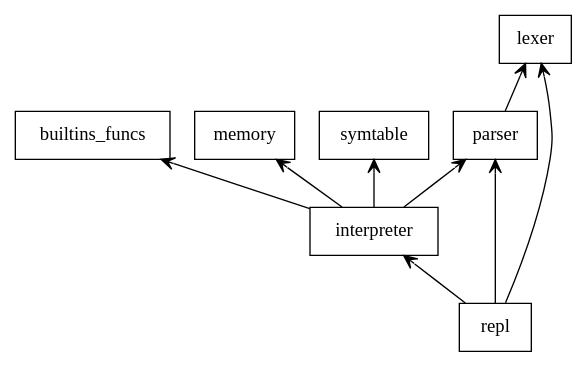
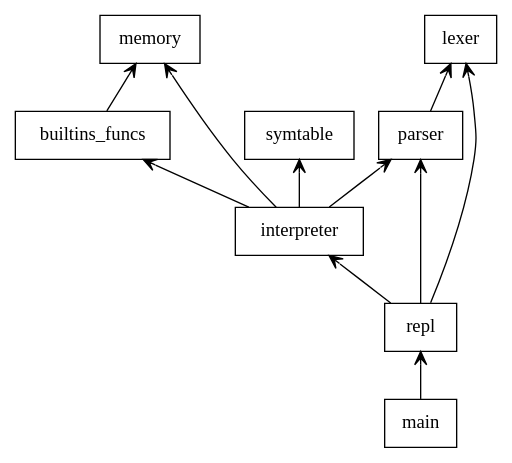
Before and after one commit to yubo1217/Small-C: the diagram in uml/packages_SmallC.dot, drawn with Graphviz. The commit also changed 9 other files, not shown here.

First line of the commit message:
refactor: centralize int32(), fix dead code, update docs and UML

```diff
--- a/uml/packages_SmallC.dot
+++ b/uml/packages_SmallC.dot
@@ -1,19 +1,22 @@
 digraph "packages_SmallC" {
 rankdir=BT
 charset="utf-8"
 "builtins_funcs" [color="black", label=<builtins_funcs>, shape="box", style="solid"];
 "interpreter" [color="black", label=<interpreter>, shape="box", style="solid"];
 "lexer" [color="black", label=<lexer>, shape="box", style="solid"];
+"main" [color="black", label=<main>, shape="box", style="solid"];
 "memory" [color="black", label=<memory>, shape="box", style="solid"];
 "parser" [color="black", label=<parser>, shape="box", style="solid"];
 "repl" [color="black", label=<repl>, shape="box", style="solid"];
 "symtable" [color="black", label=<symtable>, shape="box", style="solid"];
+"builtins_funcs" -> "memory" [arrowhead="open", arrowtail="none"];
 "interpreter" -> "builtins_funcs" [arrowhead="open", arrowtail="none"];
 "interpreter" -> "memory" [arrowhead="open", arrowtail="none"];
 "interpreter" -> "parser" [arrowhead="open", arrowtail="none"];
 "interpreter" -> "symtable" [arrowhead="open", arrowtail="none"];
+"main" -> "repl" [arrowhead="open", arrowtail="none"];
 "parser" -> "lexer" [arrowhead="open", arrowtail="none"];
 "repl" -> "interpreter" [arrowhead="open", arrowtail="none"];
 "repl" -> "lexer" [arrowhead="open", arrowtail="none"];
 "repl" -> "parser" [arrowhead="open", arrowtail="none"];
 }
```
